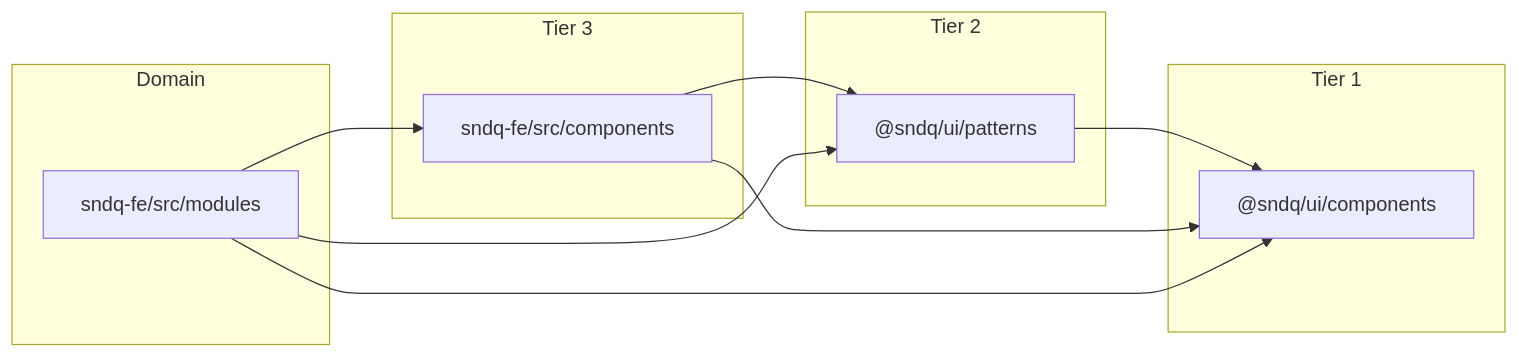
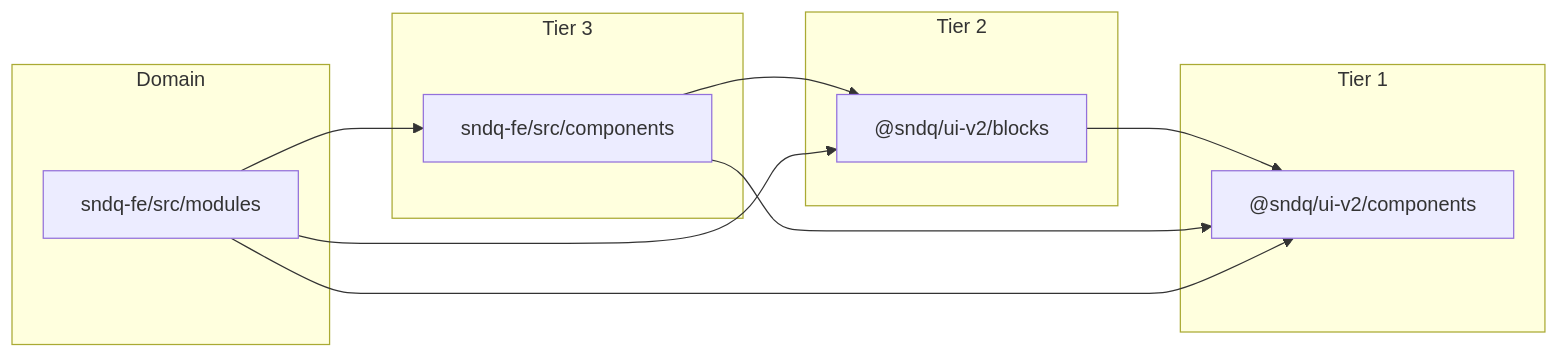
The second of 2 diagrams in 12-sndq/frontend/restructure/monorepo-ui-design-system/README.md (duy-ndhk51/research), drawn with Mermaid before and after one commit. The commit also changed other lines of this file and 8 other files, not shown here.

````diff
--- a/12-sndq/frontend/restructure/monorepo-ui-design-system/README.md
+++ b/12-sndq/frontend/restructure/monorepo-ui-design-system/README.md
@@ -628,22 +676,22 @@
 ```mermaid
 graph LR
     subgraph tier1 [Tier 1]
-        primitives["@sndq/ui/components"]
+        primitives["@sndq/ui-v2/components"]
     end
     subgraph tier2 [Tier 2]
-        patterns["@sndq/ui/patterns"]
+        blocks["@sndq/ui-v2/blocks"]
     end
     subgraph tier3 [Tier 3]
         business["sndq-fe/src/components"]
     end
     subgraph tier4 [Domain]
         modules["sndq-fe/src/modules"]
     end
 
-    patterns --> primitives
+    blocks --> primitives
     business --> primitives
-    business --> patterns
+    business --> blocks
     modules --> primitives
-    modules --> patterns
+    modules --> blocks
     modules --> business
 ```
````
